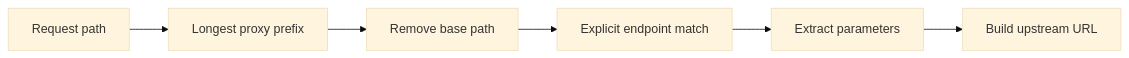
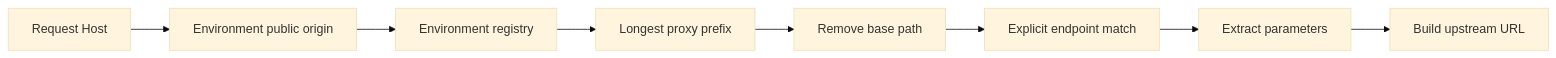
Before and after one commit to c4rl0s04/api-gateway-platform: the diagram in docs/02-architecture/Routing Engine.md, drawn with Mermaid (base theme). The commit also changed other lines of this file and 26 other files, not shown here.

````diff
--- a/docs/02-architecture/Routing Engine.md
+++ b/docs/02-architecture/Routing Engine.md
@@ -61,8 +63,10 @@
 ```mermaid
 flowchart LR
-    PATH["Request path"] --> PROXY["Longest proxy prefix"]
+    HOST["Request Host"] --> ENV["Environment public origin"]
+    ENV --> PATH["Environment registry"]
+    PATH --> PROXY["Longest proxy prefix"]
     PROXY --> SUFFIX["Remove base path"]
     SUFFIX --> ENDPOINT["Explicit endpoint match"]
     ENDPOINT --> PARAMS["Extract parameters"]
     PARAMS --> TARGET["Build upstream URL"]
 ```
````
